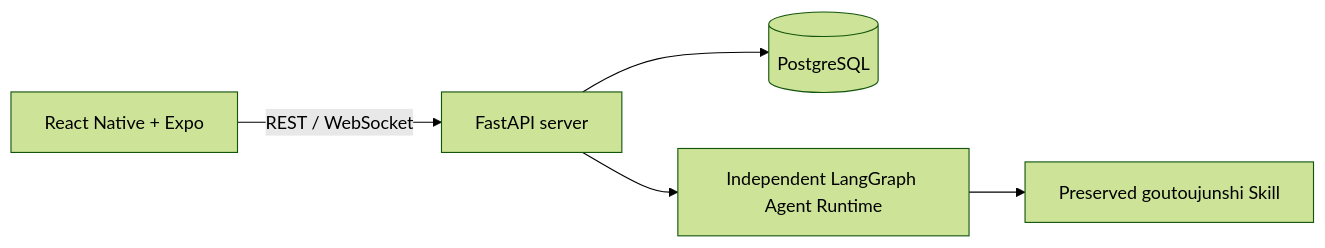
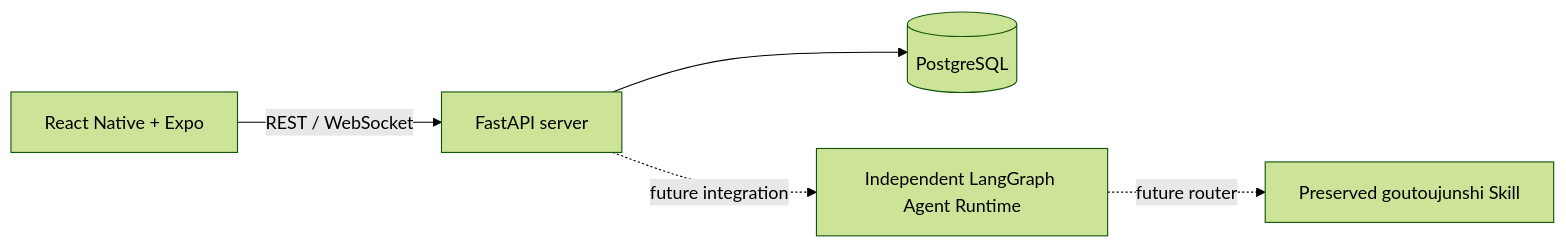
Before and after one commit to Lack666/goutouapp: the diagram in docs/ARCHITECTURE.md, drawn with Mermaid (forest theme). The commit also changed other lines of this file and 98 other files, not shown here.

````diff
--- a/docs/ARCHITECTURE.md
+++ b/docs/ARCHITECTURE.md
@@ -6,7 +11,7 @@
 ```mermaid
 flowchart LR
   Mobile[React Native + Expo] -->|REST / WebSocket| Server[FastAPI server]
   Server --> Database[(PostgreSQL)]
-  Server --> Runtime[Independent LangGraph Agent Runtime]
-  Runtime --> Knowledge[Preserved goutoujunshi Skill]
+  Server -.->|future integration| Runtime[Independent LangGraph Agent Runtime]
+  Runtime -.->|future router| Knowledge[Preserved goutoujunshi Skill]
 ```
````
